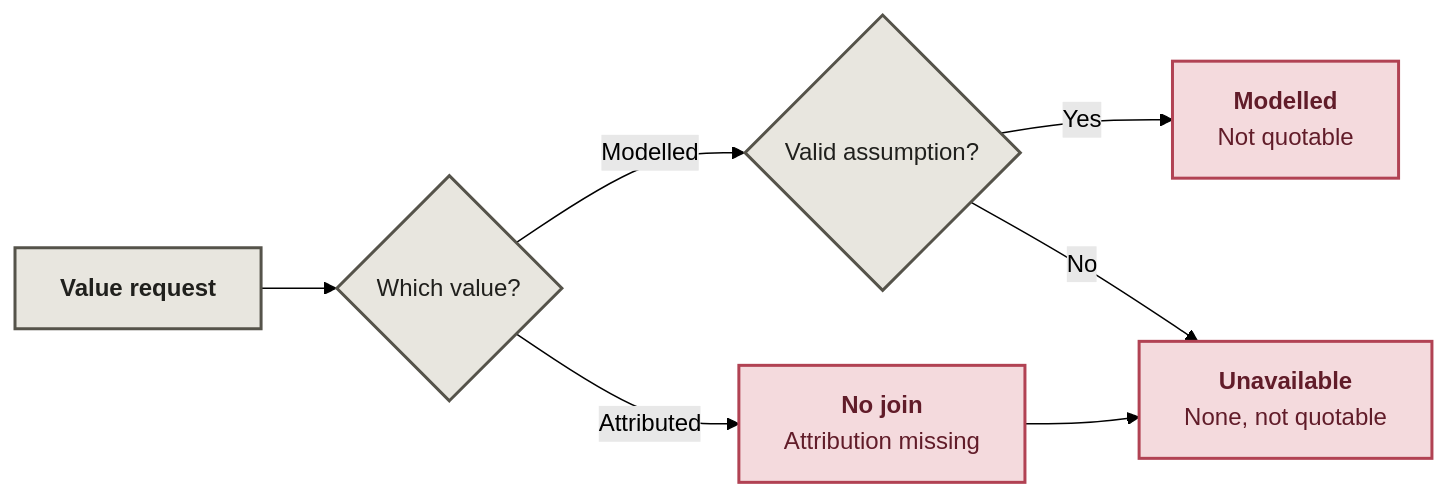
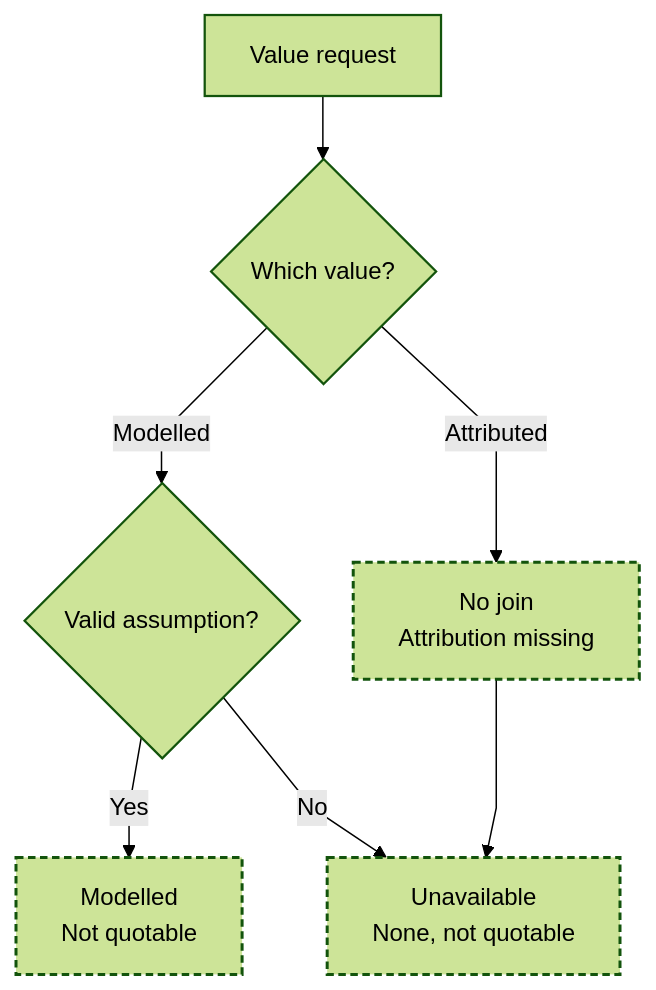
Before and after one commit to Niyam-Paneru/metric-integrity: the second of 2 diagrams in README.md, drawn with Mermaid (forest theme). The commit also changed other lines of this file, not shown here.

Commit message:
Improve Mermaid layout and light-dark theme readability

````diff
--- a/README.md
+++ b/README.md
@@ -33,13 +42,22 @@
 ```mermaid
-flowchart LR
-    V["<b>Value request</b>"] --> K{"Which value?"}
+---
+config:
+  flowchart:
+    curve: linear
+    nodeSpacing: 28
+    rankSpacing: 42
+---
+flowchart TB
+    accTitle: Value estimates: expose the assumption or missing evidence
+    accDescr: Decision flow for value estimates: expose the assumption or missing evidence.
+    V["Value request"] --> K{"Which value?"}
     K -- Modelled --> A{"Valid assumption?"}
-    A -- Yes --> M["<b>Modelled</b><br/>Not quotable"]
-    A -- No --> U["<b>Unavailable</b><br/>None, not quotable"]
-    K -- Attributed --> J["<b>No join</b><br/>Attribution missing"]
+    A -- Yes --> M["Modelled<br/>Not quotable"]
+    A -- No --> U["Unavailable<br/>None, not quotable"]
+    K -- Attributed --> J["No join<br/>Attribution missing"]
     J --> U
-    classDef input fill:#e8e6df,stroke:#55534a,color:#20201d,stroke-width:2px;
-    classDef stop fill:#f4dadd,stroke:#b14253,color:#611c29,stroke-width:2px;
+    classDef input stroke-width:1.5px;
+    classDef stop stroke-width:2px,stroke-dasharray:5 3;
     class V,K,A input;
     class M,U,J stop;
 ```
````
